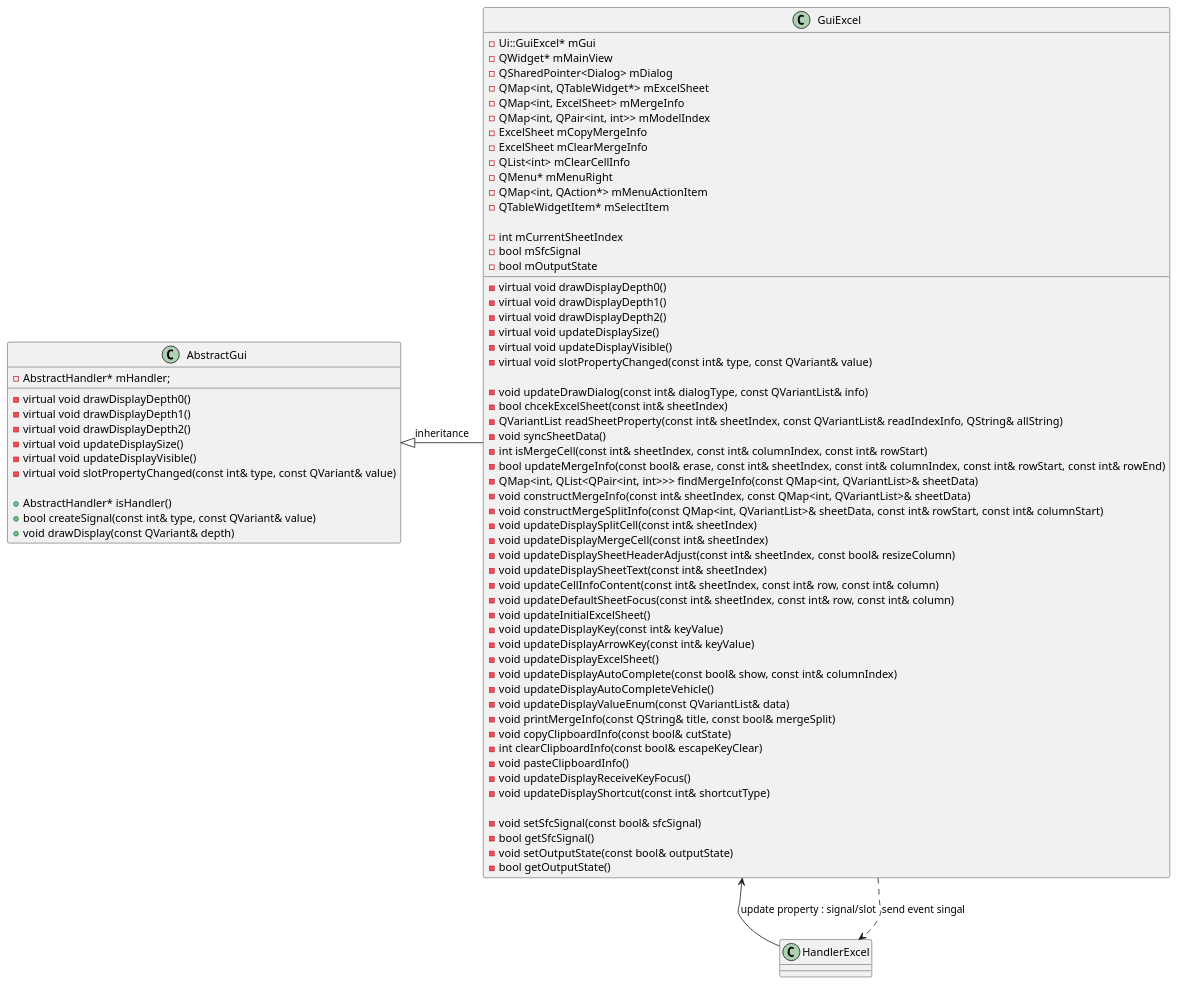
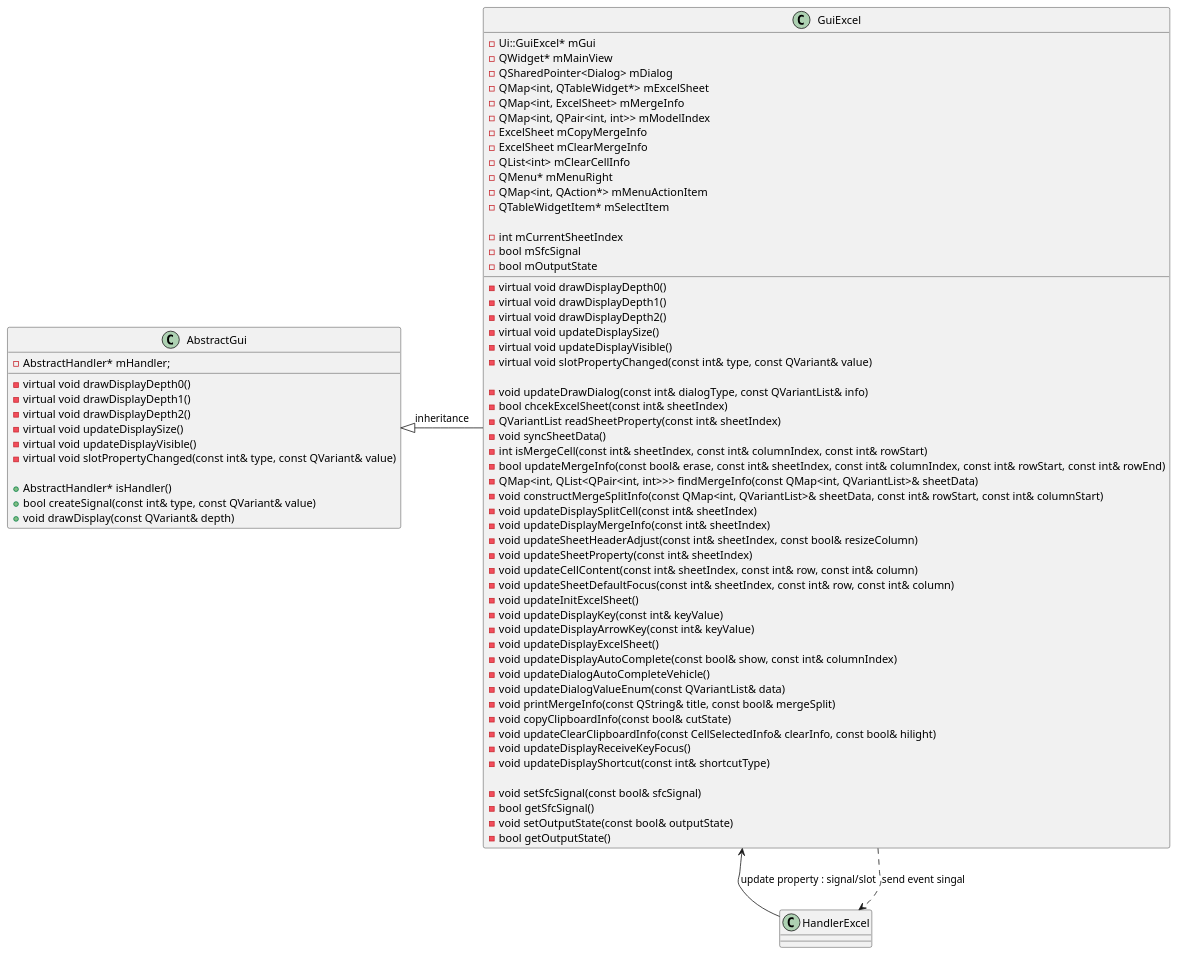
The diagram in Diagram/022_Excel/ClassDiagram_ExcelGui.plantuml (rlarudgh1997/Application), drawn with PlantUML before and after one commit. The commit also changed 6 other files, not shown here.

```diff
--- a/Diagram/022_Excel/ClassDiagram_ExcelGui.plantuml
+++ b/Diagram/022_Excel/ClassDiagram_ExcelGui.plantuml
@@ -1,85 +1,83 @@
 @startuml
 
 ' AbstractGui 클래스 정의
 class AbstractGui {
     -virtual void drawDisplayDepth0()
     -virtual void drawDisplayDepth1()
     -virtual void drawDisplayDepth2()
     -virtual void updateDisplaySize()
     -virtual void updateDisplayVisible()
     -virtual void slotPropertyChanged(const int& type, const QVariant& value)
 
     +AbstractHandler* isHandler()
     +bool createSignal(const int& type, const QVariant& value)
     +void drawDisplay(const QVariant& depth)
 
     -AbstractHandler* mHandler;
 }
 
 ' GuiExcel 클래스 정의
 class GuiExcel {
     -virtual void drawDisplayDepth0()
     -virtual void drawDisplayDepth1()
     -virtual void drawDisplayDepth2()
     -virtual void updateDisplaySize()
     -virtual void updateDisplayVisible()
     -virtual void slotPropertyChanged(const int& type, const QVariant& value)
 
     -void updateDrawDialog(const int& dialogType, const QVariantList& info)
     -bool chcekExcelSheet(const int& sheetIndex)
-    -QVariantList readSheetProperty(const int& sheetIndex, const QVariantList& readIndexInfo, QString& allString)
+    -QVariantList readSheetProperty(const int& sheetIndex)
     -void syncSheetData()
     -int isMergeCell(const int& sheetIndex, const int& columnIndex, const int& rowStart)
     -bool updateMergeInfo(const bool& erase, const int& sheetIndex, const int& columnIndex, const int& rowStart, const int& rowEnd)
     -QMap<int, QList<QPair<int, int>>> findMergeInfo(const QMap<int, QVariantList>& sheetData)
-    -void constructMergeInfo(const int& sheetIndex, const QMap<int, QVariantList>& sheetData)
     -void constructMergeSplitInfo(const QMap<int, QVariantList>& sheetData, const int& rowStart, const int& columnStart)
     -void updateDisplaySplitCell(const int& sheetIndex)
-    -void updateDisplayMergeCell(const int& sheetIndex)
-    -void updateDisplaySheetHeaderAdjust(const int& sheetIndex, const bool& resizeColumn)
-    -void updateDisplaySheetText(const int& sheetIndex)
-    -void updateCellInfoContent(const int& sheetIndex, const int& row, const int& column)
-    -void updateDefaultSheetFocus(const int& sheetIndex, const int& row, const int& column)
-    -void updateInitialExcelSheet()
+    -void updateDisplayMergeInfo(const int& sheetIndex)
+    -void updateSheetHeaderAdjust(const int& sheetIndex, const bool& resizeColumn)
+    -void updateSheetProperty(const int& sheetIndex)
+    -void updateCellContent(const int& sheetIndex, const int& row, const int& column)
+    -void updateSheetDefaultFocus(const int& sheetIndex, const int& row, const int& column)
+    -void updateInitExcelSheet()
     -void updateDisplayKey(const int& keyValue)
     -void updateDisplayArrowKey(const int& keyValue)
     -void updateDisplayExcelSheet()
     -void updateDisplayAutoComplete(const bool& show, const int& columnIndex)
-    -void updateDisplayAutoCompleteVehicle()
-    -void updateDisplayValueEnum(const QVariantList& data)
+    -void updateDialogAutoCompleteVehicle()
+    -void updateDialogValueEnum(const QVariantList& data)
     -void printMergeInfo(const QString& title, const bool& mergeSplit)
     -void copyClipboardInfo(const bool& cutState)
-    -int clearClipboardInfo(const bool& escapeKeyClear)
-    -void pasteClipboardInfo()
+    -void updateClearClipboardInfo(const CellSelectedInfo& clearInfo, const bool& hilight)
     -void updateDisplayReceiveKeyFocus()
     -void updateDisplayShortcut(const int& shortcutType)
 
     -void setSfcSignal(const bool& sfcSignal)
     -bool getSfcSignal()
     -void setOutputState(const bool& outputState)
     -bool getOutputState()
 
     -Ui::GuiExcel* mGui
     -QWidget* mMainView
     -QSharedPointer<Dialog> mDialog
     -QMap<int, QTableWidget*> mExcelSheet
     -QMap<int, ExcelSheet> mMergeInfo
     -QMap<int, QPair<int, int>> mModelIndex
     -ExcelSheet mCopyMergeInfo
     -ExcelSheet mClearMergeInfo
     -QList<int> mClearCellInfo
     -QMenu* mMenuRight
     -QMap<int, QAction*> mMenuActionItem
     -QTableWidgetItem* mSelectItem
 
     -int mCurrentSheetIndex
     -bool mSfcSignal
     -bool mOutputState
 }
 
 ' 클래스 간의 관계 정의
 AbstractGui <|- GuiExcel : inheritance
 GuiExcel <-- HandlerExcel : update property : signal/slot
 GuiExcel ..> HandlerExcel : send event singal
 
 @enduml
```
